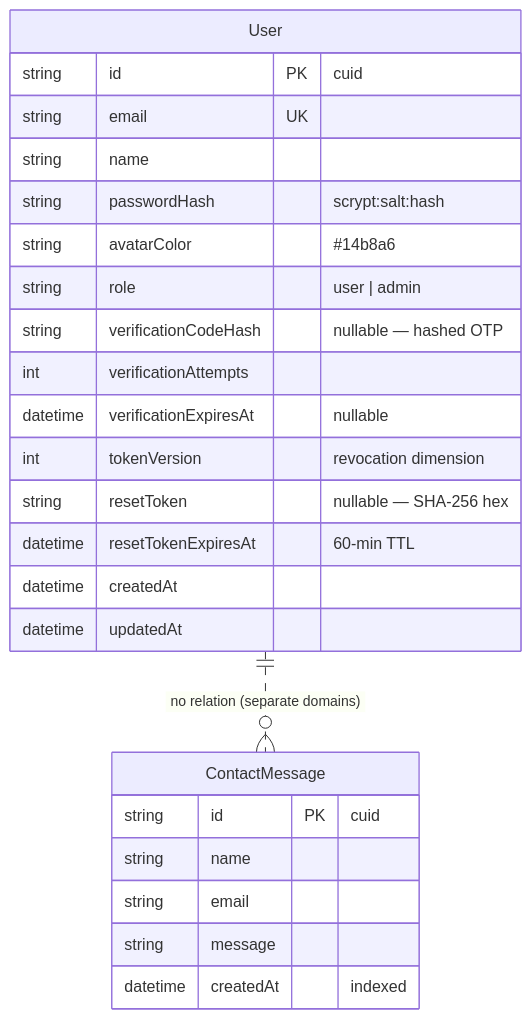
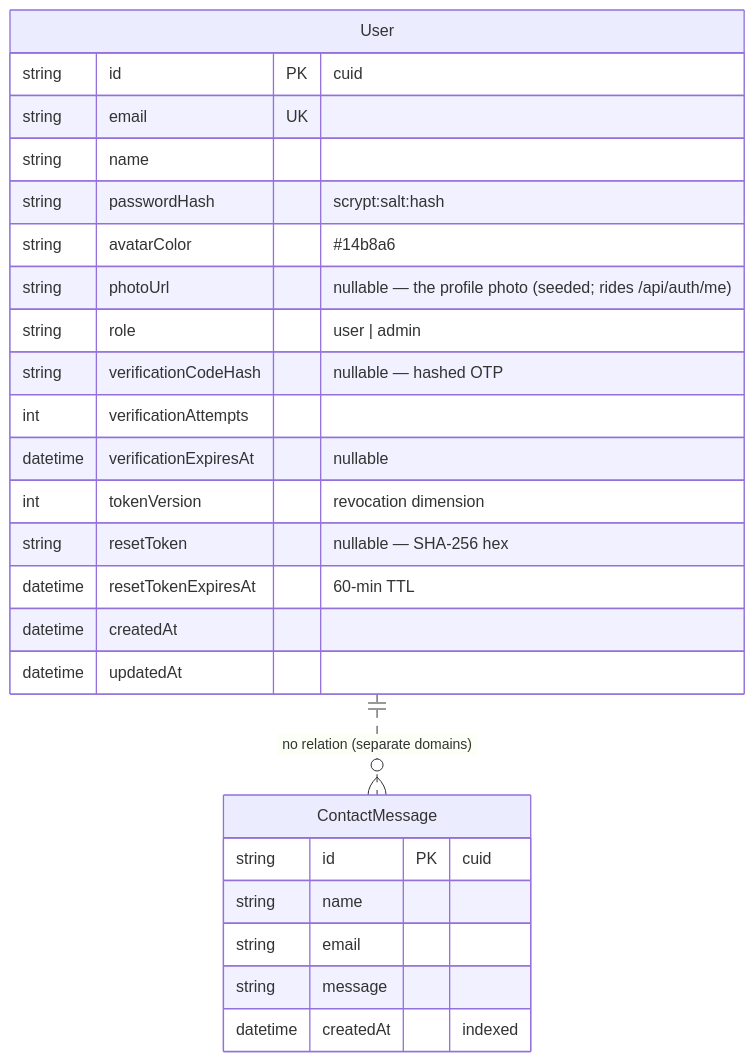
Before and after one commit to nordeim/viralpost-ai: the diagram in Project_Architecture_Document.md, drawn with Mermaid. The commit also changed other lines of this file and 36 other files, not shown here.

````diff
--- a/Project_Architecture_Document.md
+++ b/Project_Architecture_Document.md
@@ -421,27 +421,28 @@
 ```mermaid
 erDiagram
     User ||..o{ ContactMessage : "no relation (separate domains)"
     User {
         string id PK "cuid"
         string email UK
         string name
         string passwordHash "scrypt:salt:hash"
         string avatarColor "#14b8a6"
+        string photoUrl "nullable — the profile photo (seeded; rides /api/auth/me)"
         string role "user | admin"
         string verificationCodeHash "nullable — hashed OTP"
         int verificationAttempts
         datetime verificationExpiresAt "nullable"
         int tokenVersion "revocation dimension"
         string resetToken "nullable — SHA-256 hex"
         datetime resetTokenExpiresAt "60-min TTL"
         datetime createdAt
         datetime updatedAt
     }
     ContactMessage {
         string id PK "cuid"
         string name
         string email
         string message
         datetime createdAt "indexed"
     }
 ```
````
